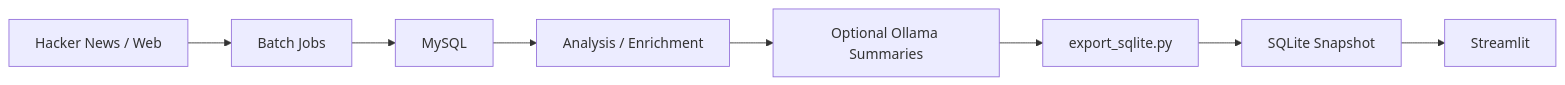
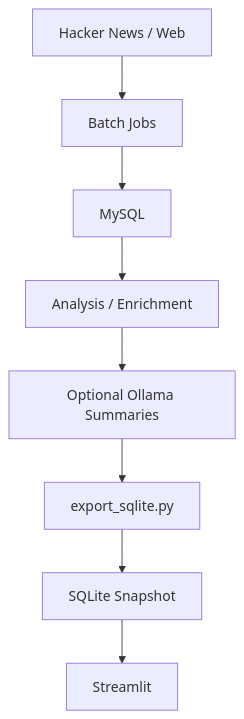
Before and after one commit to taiyo551/Hacker-News-Dashboard: the second of 2 diagrams in README_2.md, drawn with Mermaid. The commit also changed other lines of this file, not shown here.

````diff
--- a/README_2.md
+++ b/README_2.md
@@ -175,10 +163,10 @@
 ```mermaid
-flowchart LR
+flowchart TD
     A[Hacker News / Web] --> B[Batch Jobs]
     B --> C[MySQL]
     C --> D[Analysis / Enrichment]
     D --> E[Optional Ollama Summaries]
     E --> F[export_sqlite.py]
     F --> G[SQLite Snapshot]
     G --> H[Streamlit]
 ```
````
